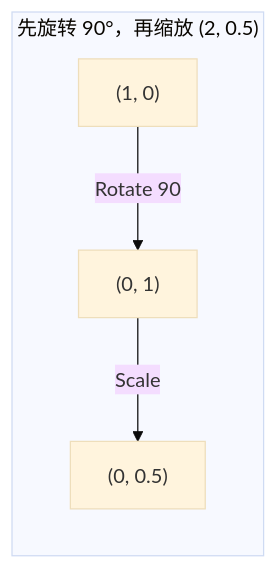
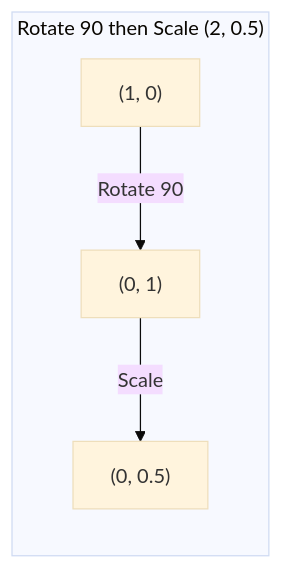
The sixth of 7 diagrams in phases/01-math-foundations/03-matrix-transformations/docs/zh.md (omigaZen/ai-engineering-from-scratch), drawn with Mermaid (base theme) before and after one commit. The commit also changed other lines of this file and 32 other files, not shown here.

````diff
--- a/phases/01-math-foundations/03-matrix-transformations/docs/zh.md
+++ b/phases/01-math-foundations/03-matrix-transformations/docs/zh.md
@@ -155,6 +155,6 @@
 ```mermaid
 graph LR
-    subgraph Path1["先旋转 90°，再缩放 (2, 0.5)"]
+    subgraph Path1["Rotate 90 then Scale (2, 0.5)"]
         P1["(1, 0)"] -->|"Rotate 90"| P2["(0, 1)"] -->|"Scale"| P3["(0, 0.5)"]
     end
 ```
````
